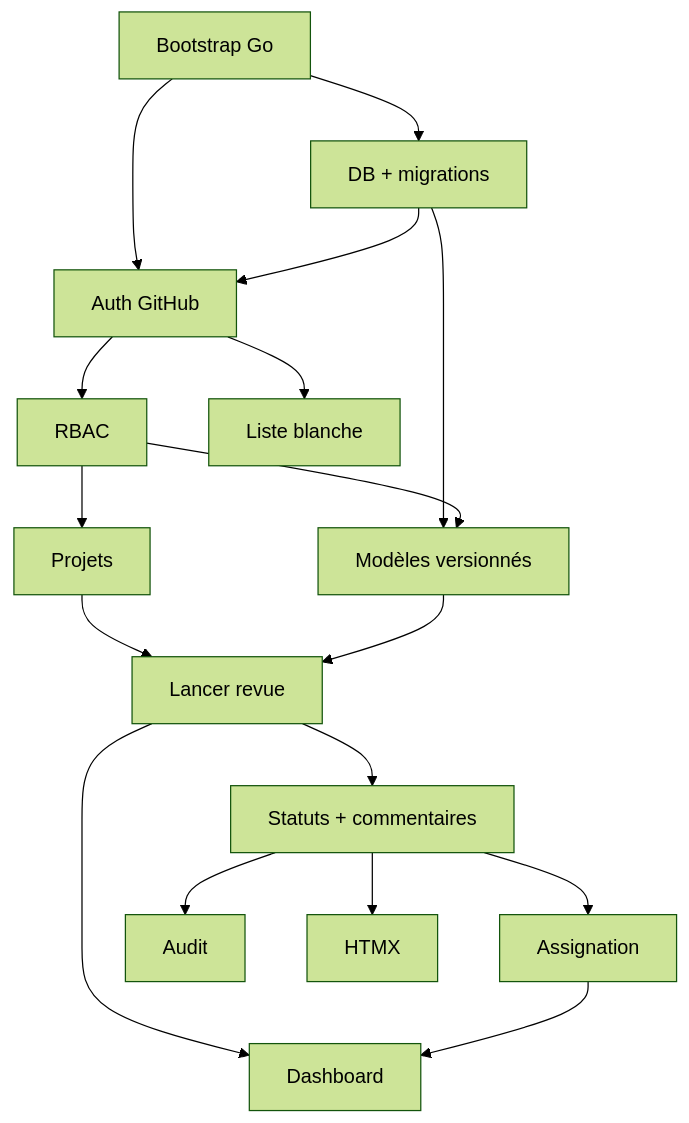
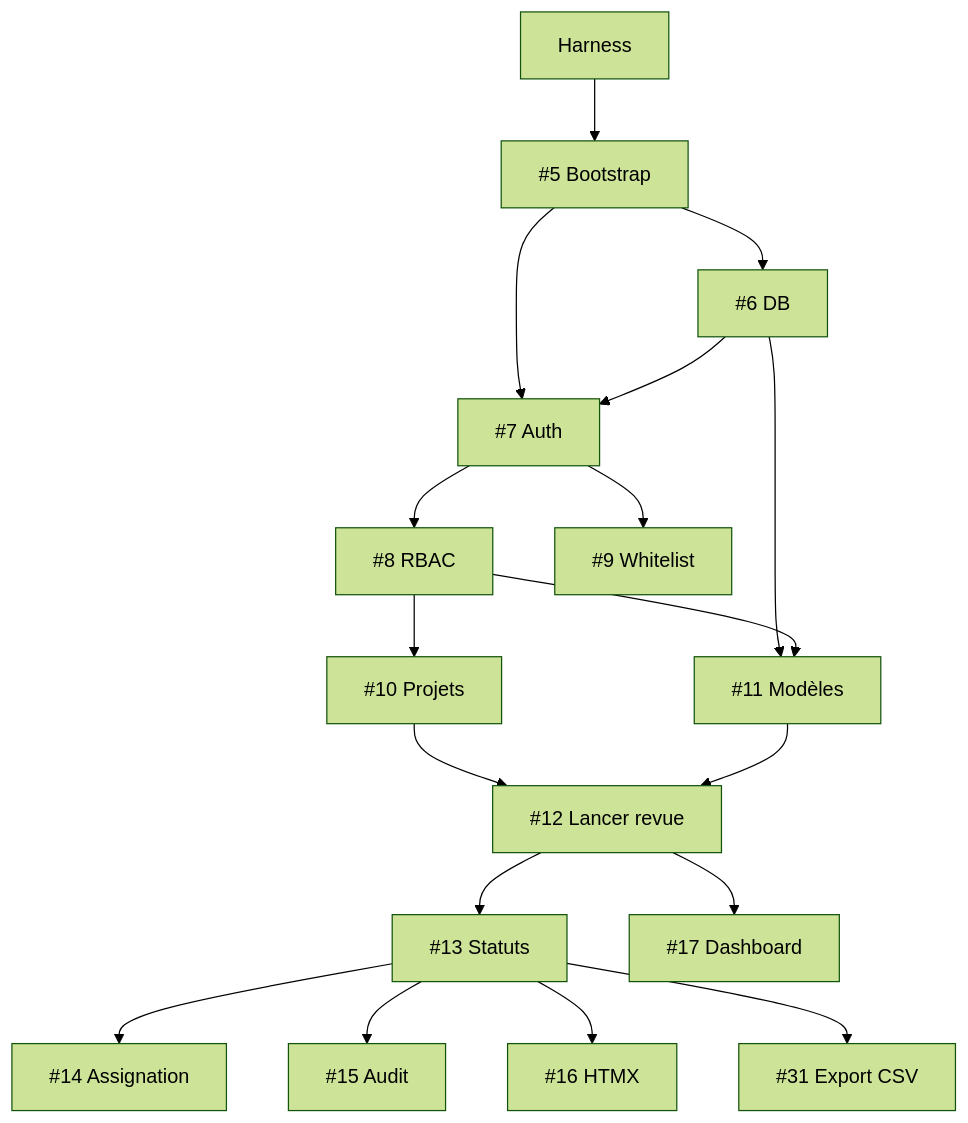
Before and after one commit to jeb-maker/revues: the diagram in docs/ROADMAP.md, drawn with Mermaid (forest theme). The commit also changed other lines of this file and 17 other files, not shown here.

First line of the commit message:
feat(harness): revue adverse + cadre agents avant implémentation

````diff
--- a/docs/ROADMAP.md
+++ b/docs/ROADMAP.md
@@ -65,19 +88,20 @@
 ```mermaid
 flowchart TD
-    T1[Bootstrap Go] --> T2[DB + migrations]
-    T1 --> T3[Auth GitHub]
-    T2 --> T3
-    T3 --> T4[RBAC]
-    T3 --> T5[Liste blanche]
-    T4 --> T6[Projets]
-    T2 --> T7[Modèles versionnés]
-    T4 --> T7
-    T6 --> T8[Lancer revue]
-    T7 --> T8
-    T8 --> T9[Statuts + commentaires]
-    T9 --> T10[Assignation]
-    T9 --> T11[Audit]
-    T9 --> T12[HTMX]
-    T8 --> T13[Dashboard]
-    T10 --> T13
+    H[Harness] --> T5[#5 Bootstrap]
+    T5 --> T6[#6 DB]
+    T5 --> T7[#7 Auth]
+    T6 --> T7
+    T7 --> T8[#8 RBAC]
+    T7 --> T9[#9 Whitelist]
+    T8 --> T10[#10 Projets]
+    T6 --> T11[#11 Modèles]
+    T8 --> T11
+    T10 --> T12[#12 Lancer revue]
+    T11 --> T12
+    T12 --> T13[#13 Statuts]
+    T13 --> T14[#14 Assignation]
+    T13 --> T15[#15 Audit]
+    T13 --> T16[#16 HTMX]
+    T12 --> T17[#17 Dashboard]
+    T13 --> T31[#31 Export CSV]
 ```
````
